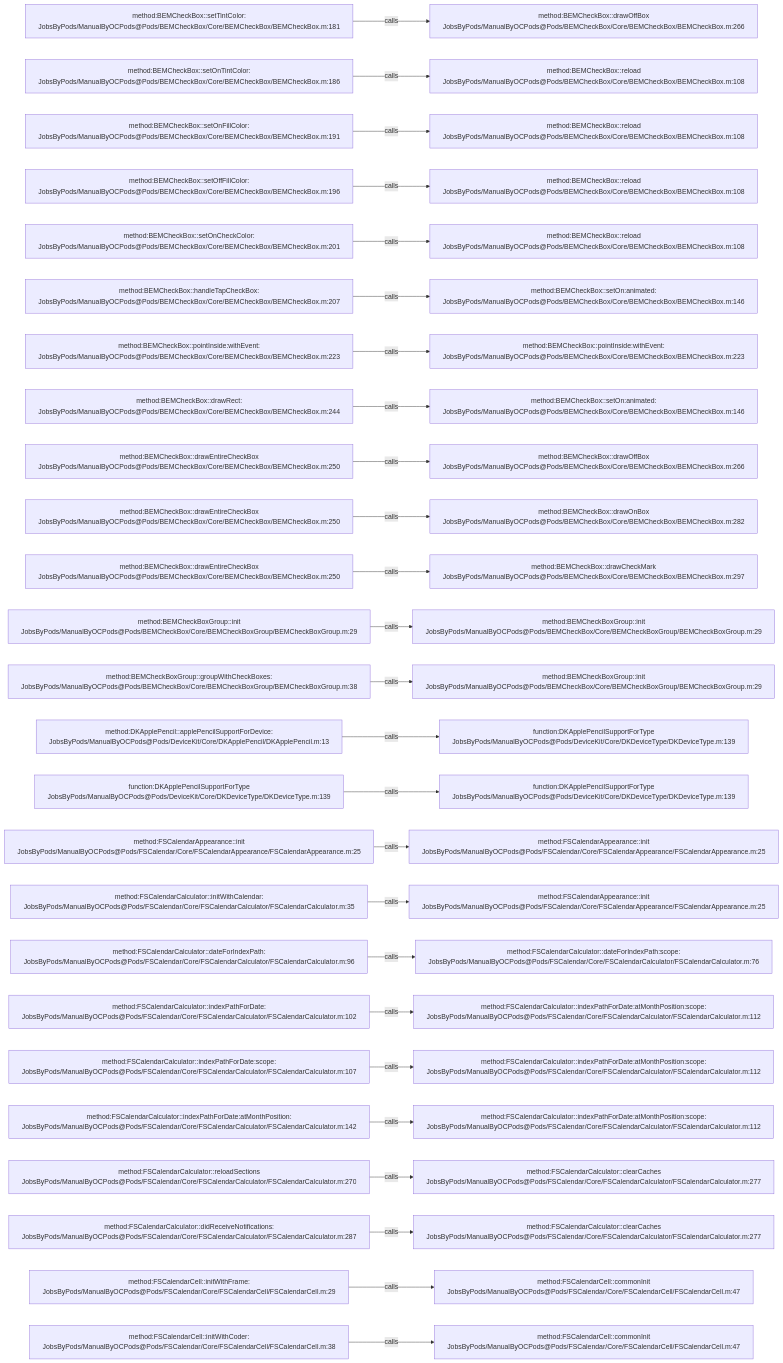
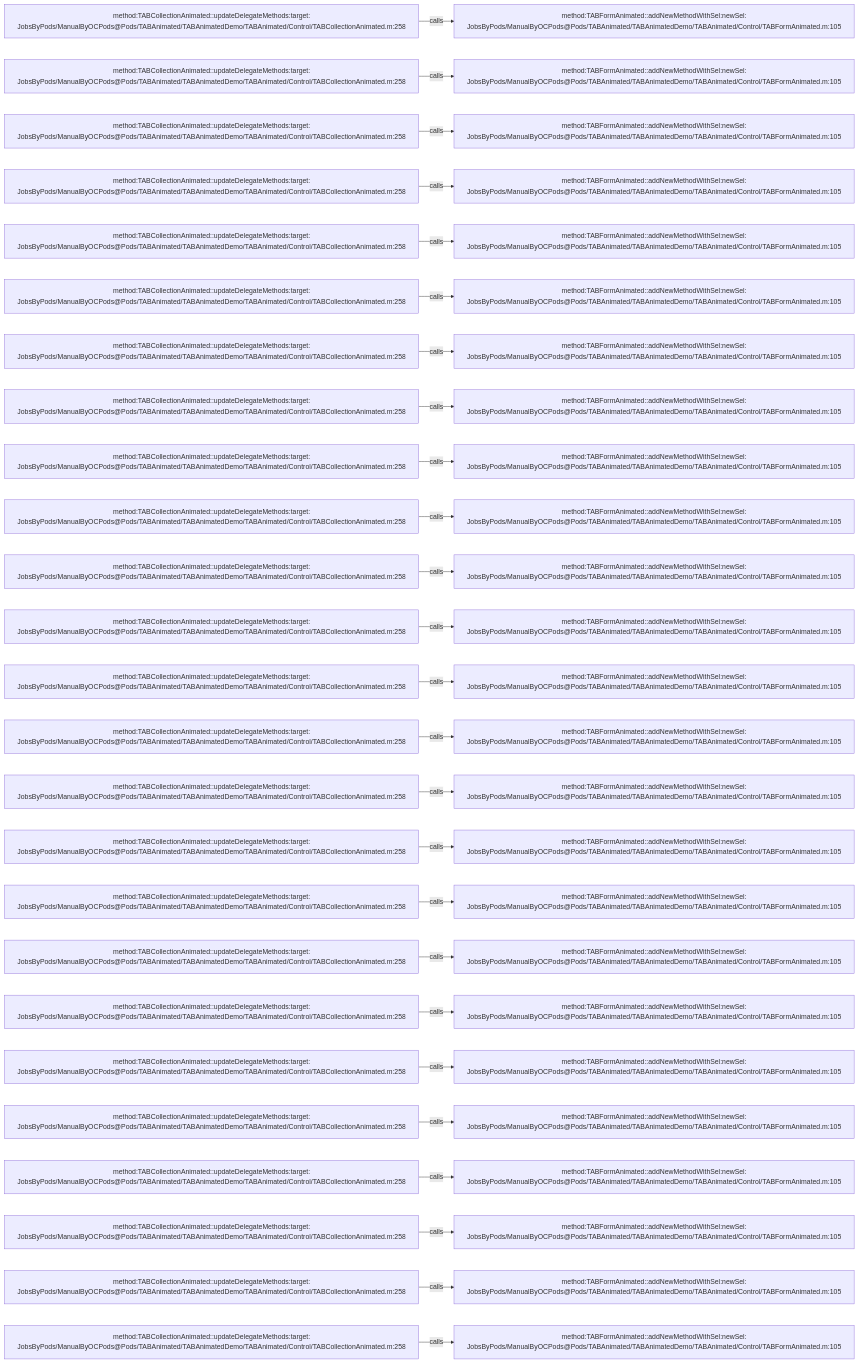
One commit to JobsKits/JobsOCBaseConfigDemo changed the diagram in .codegraph/codegraph.md/graphs/calls-024.md. Above: the diagram before and after it, drawn with Mermaid. The commit also changed 1223 other files, not shown here.

````diff
--- a/.codegraph/codegraph.md/graphs/calls-024.md
+++ b/.codegraph/codegraph.md/graphs/calls-024.md
@@ -13,78 +13,78 @@
 ```mermaid
 flowchart LR
-  S1["method:BEMCheckBox::setTintColor:<br/>JobsByPods/ManualByOCPods@Pods/BEMCheckBox/Core/BEMCheckBox/BEMCheckBox.m:181"]
-  T1["method:BEMCheckBox::drawOffBox<br/>JobsByPods/ManualByOCPods@Pods/BEMCheckBox/Core/BEMCheckBox/BEMCheckBox.m:266"]
+  S1["method:TABCollectionAnimated::updateDelegateMethods:target:<br/>JobsByPods/ManualByOCPods@Pods/TABAnimated/TABAnimatedDemo/TABAnimated/Control/TABCollectionAnimated.m:258"]
+  T1["method:TABFormAnimated::addNewMethodWithSel:newSel:<br/>JobsByPods/ManualByOCPods@Pods/TABAnimated/TABAnimatedDemo/TABAnimated/Control/TABFormAnimated.m:105"]
   S1 -->|calls| T1
-  S2["method:BEMCheckBox::setOnTintColor:<br/>JobsByPods/ManualByOCPods@Pods/BEMCheckBox/Core/BEMCheckBox/BEMCheckBox.m:186"]
-  T2["method:BEMCheckBox::reload<br/>JobsByPods/ManualByOCPods@Pods/BEMCheckBox/Core/BEMCheckBox/BEMCheckBox.m:108"]
+  S2["method:TABCollectionAnimated::updateDelegateMethods:target:<br/>JobsByPods/ManualByOCPods@Pods/TABAnimated/TABAnimatedDemo/TABAnimated/Control/TABCollectionAnimated.m:258"]
+  T2["method:TABFormAnimated::addNewMethodWithSel:newSel:<br/>JobsByPods/ManualByOCPods@Pods/TABAnimated/TABAnimatedDemo/TABAnimated/Control/TABFormAnimated.m:105"]
   S2 -->|calls| T2
-  S3["method:BEMCheckBox::setOnFillColor:<br/>JobsByPods/ManualByOCPods@Pods/BEMCheckBox/Core/BEMCheckBox/BEMCheckBox.m:191"]
-  T3["method:BEMCheckBox::reload<br/>JobsByPods/ManualByOCPods@Pods/BEMCheckBox/Core/BEMCheckBox/BEMCheckBox.m:108"]
+  S3["method:TABCollectionAnimated::updateDelegateMethods:target:<br/>JobsByPods/ManualByOCPods@Pods/TABAnimated/TABAnimatedDemo/TABAnimated/Control/TABCollectionAnimated.m:258"]
+  T3["method:TABFormAnimated::addNewMethodWithSel:newSel:<br/>JobsByPods/ManualByOCPods@Pods/TABAnimated/TABAnimatedDemo/TABAnimated/Control/TABFormAnimated.m:105"]
   S3 -->|calls| T3
-  S4["method:BEMCheckBox::setOffFillColor:<br/>JobsByPods/ManualByOCPods@Pods/BEMCheckBox/Core/BEMCheckBox/BEMCheckBox.m:196"]
-  T4["method:BEMCheckBox::reload<br/>JobsByPods/ManualByOCPods@Pods/BEMCheckBox/Core/BEMCheckBox/BEMCheckBox.m:108"]
+  S4["method:TABCollectionAnimated::updateDelegateMethods:target:<br/>JobsByPods/ManualByOCPods@Pods/TABAnimated/TABAnimatedDemo/TABAnimated/Control/TABCollectionAnimated.m:258"]
+  T4["method:TABFormAnimated::addNewMethodWithSel:newSel:<br/>JobsByPods/ManualByOCPods@Pods/TABAnimated/TABAnimatedDemo/TABAnimated/Control/TABFormAnimated.m:105"]
   S4 -->|calls| T4
-  S5["method:BEMCheckBox::setOnCheckColor:<br/>JobsByPods/ManualByOCPods@Pods/BEMCheckBox/Core/BEMCheckBox/BEMCheckBox.m:201"]
-  T5["method:BEMCheckBox::reload<br/>JobsByPods/ManualByOCPods@Pods/BEMCheckBox/Core/BEMCheckBox/BEMCheckBox.m:108"]
+  S5["method:TABCollectionAnimated::updateDelegateMethods:target:<br/>JobsByPods/ManualByOCPods@Pods/TABAnimated/TABAnimatedDemo/TABAnimated/Control/TABCollectionAnimated.m:258"]
+  T5["method:TABFormAnimated::addNewMethodWithSel:newSel:<br/>JobsByPods/ManualByOCPods@Pods/TABAnimated/TABAnimatedDemo/TABAnimated/Control/TABFormAnimated.m:105"]
   S5 -->|calls| T5
-  S6["method:BEMCheckBox::handleTapCheckBox:<br/>JobsByPods/ManualByOCPods@Pods/BEMCheckBox/Core/BEMCheckBox/BEMCheckBox.m:207"]
-  T6["method:BEMCheckBox::setOn:animated:<br/>JobsByPods/ManualByOCPods@Pods/BEMCheckBox/Core/BEMCheckBox/BEMCheckBox.m:146"]
+  S6["method:TABCollectionAnimated::updateDelegateMethods:target:<br/>JobsByPods/ManualByOCPods@Pods/TABAnimated/TABAnimatedDemo/TABAnimated/Control/TABCollectionAnimated.m:258"]
+  T6["method:TABFormAnimated::addNewMethodWithSel:newSel:<br/>JobsByPods/ManualByOCPods@Pods/TABAnimated/TABAnimatedDemo/TABAnimated/Control/TABFormAnimated.m:105"]
   S6 -->|calls| T6
-  S7["method:BEMCheckBox::pointInside:withEvent:<br/>JobsByPods/ManualByOCPods@Pods/BEMCheckBox/Core/BEMCheckBox/BEMCheckBox.m:223"]
-  T7["method:BEMCheckBox::pointInside:withEvent:<br/>JobsByPods/ManualByOCPods@Pods/BEMCheckBox/Core/BEMCheckBox/BEMCheckBox.m:223"]
+  S7["method:TABCollectionAnimated::updateDelegateMethods:target:<br/>JobsByPods/ManualByOCPods@Pods/TABAnimated/TABAnimatedDemo/TABAnimated/Control/TABCollectionAnimated.m:258"]
+  T7["method:TABFormAnimated::addNewMethodWithSel:newSel:<br/>JobsByPods/ManualByOCPods@Pods/TABAnimated/TABAnimatedDemo/TABAnimated/Control/TABFormAnimated.m:105"]
   S7 -->|calls| T7
-  S8["method:BEMCheckBox::drawRect:<br/>JobsByPods/ManualByOCPods@Pods/BEMCheckBox/Core/BEMCheckBox/BEMCheckBox.m:244"]
-  T8["method:BEMCheckBox::setOn:animated:<br/>JobsByPods/ManualByOCPods@Pods/BEMCheckBox/Core/BEMCheckBox/BEMCheckBox.m:146"]
+  S8["method:TABCollectionAnimated::updateDelegateMethods:target:<br/>JobsByPods/ManualByOCPods@Pods/TABAnimated/TABAnimatedDemo/TABAnimated/Control/TABCollectionAnimated.m:258"]
+  T8["method:TABFormAnimated::addNewMethodWithSel:newSel:<br/>JobsByPods/ManualByOCPods@Pods/TABAnimated/TABAnimatedDemo/TABAnimated/Control/TABFormAnimated.m:105"]
   S8 -->|calls| T8
-  S9["method:BEMCheckBox::drawEntireCheckBox<br/>JobsByPods/ManualByOCPods@Pods/BEMCheckBox/Core/BEMCheckBox/BEMCheckBox.m:250"]
-  T9["method:BEMCheckBox::drawOffBox<br/>JobsByPods/ManualByOCPods@Pods/BEMCheckBox/Core/BEMCheckBox/BEMCheckBox.m:266"]
+  S9["method:TABCollectionAnimated::updateDelegateMethods:target:<br/>JobsByPods/ManualByOCPods@Pods/TABAnimated/TABAnimatedDemo/TABAnimated/Control/TABCollectionAnimated.m:258"]
+  T9["method:TABFormAnimated::addNewMethodWithSel:newSel:<br/>JobsByPods/ManualByOCPods@Pods/TABAnimated/TABAnimatedDemo/TABAnimated/Control/TABFormAnimated.m:105"]
   S9 -->|calls| T9
-  S10["method:BEMCheckBox::drawEntireCheckBox<br/>JobsByPods/ManualByOCPods@Pods/BEMCheckBox/Core/BEMCheckBox/BEMCheckBox.m:250"]
-  T10["method:BEMCheckBox::drawOnBox<br/>JobsByPods/ManualByOCPods@Pods/BEMCheckBox/Core/BEMCheckBox/BEMCheckBox.m:282"]
+  S10["method:TABCollectionAnimated::updateDelegateMethods:target:<br/>JobsByPods/ManualByOCPods@Pods/TABAnimated/TABAnimatedDemo/TABAnimated/Control/TABCollectionAnimated.m:258"]
+  T10["method:TABFormAnimated::addNewMethodWithSel:newSel:<br/>JobsByPods/ManualByOCPods@Pods/TABAnimated/TABAnimatedDemo/TABAnimated/Control/TABFormAnimated.m:105"]
   S10 -->|calls| T10
-  S11["method:BEMCheckBox::drawEntireCheckBox<br/>JobsByPods/ManualByOCPods@Pods/BEMCheckBox/Core/BEMCheckBox/BEMCheckBox.m:250"]
-  T11["method:BEMCheckBox::drawCheckMark<br/>JobsByPods/ManualByOCPods@Pods/BEMCheckBox/Core/BEMCheckBox/BEMCheckBox.m:297"]
+  S11["method:TABCollectionAnimated::updateDelegateMethods:target:<br/>JobsByPods/ManualByOCPods@Pods/TABAnimated/TABAnimatedDemo/TABAnimated/Control/TABCollectionAnimated.m:258"]
+  T11["method:TABFormAnimated::addNewMethodWithSel:newSel:<br/>JobsByPods/ManualByOCPods@Pods/TABAnimated/TABAnimatedDemo/TABAnimated/Control/TABFormAnimated.m:105"]
   S11 -->|calls| T11
-  S12["method:BEMCheckBoxGroup::init<br/>JobsByPods/ManualByOCPods@Pods/BEMCheckBox/Core/BEMCheckBoxGroup/BEMCheckBoxGroup.m:29"]
-  T12["method:BEMCheckBoxGroup::init<br/>JobsByPods/ManualByOCPods@Pods/BEMCheckBox/Core/BEMCheckBoxGroup/BEMCheckBoxGroup.m:29"]
+  S12["method:TABCollectionAnimated::updateDelegateMethods:target:<br/>JobsByPods/ManualByOCPods@Pods/TABAnimated/TABAnimatedDemo/TABAnimated/Control/TABCollectionAnimated.m:258"]
+  T12["method:TABFormAnimated::addNewMethodWithSel:newSel:<br/>JobsByPods/ManualByOCPods@Pods/TABAnimated/TABAnimatedDemo/TABAnimated/Control/TABFormAnimated.m:105"]
   S12 -->|calls| T12
-  S13["method:BEMCheckBoxGroup::groupWithCheckBoxes:<br/>JobsByPods/ManualByOCPods@Pods/BEMCheckBox/Core/BEMCheckBoxGroup/BEMCheckBoxGroup.m:38"]
-  T13["method:BEMCheckBoxGroup::init<br/>JobsByPods/ManualByOCPods@Pods/BEMCheckBox/Core/BEMCheckBoxGroup/BEMCheckBoxGroup.m:29"]
+  S13["method:TABCollectionAnimated::updateDelegateMethods:target:<br/>JobsByPods/ManualByOCPods@Pods/TABAnimated/TABAnimatedDemo/TABAnimated/Control/TABCollectionAnimated.m:258"]
+  T13["method:TABFormAnimated::addNewMethodWithSel:newSel:<br/>JobsByPods/ManualByOCPods@Pods/TABAnimated/TABAnimatedDemo/TABAnimated/Control/TABFormAnimated.m:105"]
   S13 -->|calls| T13
-  S14["method:DKApplePencil::applePencilSupportForDevice:<br/>JobsByPods/ManualByOCPods@Pods/DeviceKit/Core/DKApplePencil/DKApplePencil.m:13"]
-  T14["function:DKApplePencilSupportForType<br/>JobsByPods/ManualByOCPods@Pods/DeviceKit/Core/DKDeviceType/DKDeviceType.m:139"]
+  S14["method:TABCollectionAnimated::updateDelegateMethods:target:<br/>JobsByPods/ManualByOCPods@Pods/TABAnimated/TABAnimatedDemo/TABAnimated/Control/TABCollectionAnimated.m:258"]
+  T14["method:TABFormAnimated::addNewMethodWithSel:newSel:<br/>JobsByPods/ManualByOCPods@Pods/TABAnimated/TABAnimatedDemo/TABAnimated/Control/TABFormAnimated.m:105"]
   S14 -->|calls| T14
-  S15["function:DKApplePencilSupportForType<br/>JobsByPods/ManualByOCPods@Pods/DeviceKit/Core/DKDeviceType/DKDeviceType.m:139"]
-  T15["function:DKApplePencilSupportForType<br/>JobsByPods/ManualByOCPods@Pods/DeviceKit/Core/DKDeviceType/DKDeviceType.m:139"]
+  S15["method:TABCollectionAnimated::updateDelegateMethods:target:<br/>JobsByPods/ManualByOCPods@Pods/TABAnimated/TABAnimatedDemo/TABAnimated/Control/TABCollectionAnimated.m:258"]
+  T15["method:TABFormAnimated::addNewMethodWithSel:newSel:<br/>JobsByPods/ManualByOCPods@Pods/TABAnimated/TABAnimatedDemo/TABAnimated/Control/TABFormAnimated.m:105"]
   S15 -->|calls| T15
-  S16["method:FSCalendarAppearance::init<br/>JobsByPods/ManualByOCPods@Pods/FSCalendar/Core/FSCalendarAppearance/FSCalendarAppearance.m:25"]
-  T16["method:FSCalendarAppearance::init<br/>JobsByPods/ManualByOCPods@Pods/FSCalendar/Core/FSCalendarAppearance/FSCalendarAppearance.m:25"]
+  S16["method:TABCollectionAnimated::updateDelegateMethods:target:<br/>JobsByPods/ManualByOCPods@Pods/TABAnimated/TABAnimatedDemo/TABAnimated/Control/TABCollectionAnimated.m:258"]
+  T16["method:TABFormAnimated::addNewMethodWithSel:newSel:<br/>JobsByPods/ManualByOCPods@Pods/TABAnimated/TABAnimatedDemo/TABAnimated/Control/TABFormAnimated.m:105"]
   S16 -->|calls| T16
-  S17["method:FSCalendarCalculator::initWithCalendar:<br/>JobsByPods/ManualByOCPods@Pods/FSCalendar/Core/FSCalendarCalculator/FSCalendarCalculator.m:35"]
-  T17["method:FSCalendarAppearance::init<br/>JobsByPods/ManualByOCPods@Pods/FSCalendar/Core/FSCalendarAppearance/FSCalendarAppearance.m:25"]
+  S17["method:TABCollectionAnimated::updateDelegateMethods:target:<br/>JobsByPods/ManualByOCPods@Pods/TABAnimated/TABAnimatedDemo/TABAnimated/Control/TABCollectionAnimated.m:258"]
+  T17["method:TABFormAnimated::addNewMethodWithSel:newSel:<br/>JobsByPods/ManualByOCPods@Pods/TABAnimated/TABAnimatedDemo/TABAnimated/Control/TABFormAnimated.m:105"]
   S17 -->|calls| T17
-  S18["method:FSCalendarCalculator::dateForIndexPath:<br/>JobsByPods/ManualByOCPods@Pods/FSCalendar/Core/FSCalendarCalculator/FSCalendarCalculator.m:96"]
-  T18["method:FSCalendarCalculator::dateForIndexPath:scope:<br/>JobsByPods/ManualByOCPods@Pods/FSCalendar/Core/FSCalendarCalculator/FSCalendarCalculator.m:76"]
+  S18["method:TABCollectionAnimated::updateDelegateMethods:target:<br/>JobsByPods/ManualByOCPods@Pods/TABAnimated/TABAnimatedDemo/TABAnimated/Control/TABCollectionAnimated.m:258"]
+  T18["method:TABFormAnimated::addNewMethodWithSel:newSel:<br/>JobsByPods/ManualByOCPods@Pods/TABAnimated/TABAnimatedDemo/TABAnimated/Control/TABFormAnimated.m:105"]
   S18 -->|calls| T18
-  S19["method:FSCalendarCalculator::indexPathForDate:<br/>JobsByPods/ManualByOCPods@Pods/FSCalendar/Core/FSCalendarCalculator/FSCalendarCalculator.m:102"]
-  T19["method:FSCalendarCalculator::indexPathForDate:atMonthPosition:scope:<br/>JobsByPods/ManualByOCPods@Pods/FSCalendar/Core/FSCalendarCalculator/FSCalendarCalculator.m:112"]
+  S19["method:TABCollectionAnimated::updateDelegateMethods:target:<br/>JobsByPods/ManualByOCPods@Pods/TABAnimated/TABAnimatedDemo/TABAnimated/Control/TABCollectionAnimated.m:258"]
+  T19["method:TABFormAnimated::addNewMethodWithSel:newSel:<br/>JobsByPods/ManualByOCPods@Pods/TABAnimated/TABAnimatedDemo/TABAnimated/Control/TABFormAnimated.m:105"]
   S19 -->|calls| T19
-  S20["method:FSCalendarCalculator::indexPathForDate:scope:<br/>JobsByPods/ManualByOCPods@Pods/FSCalendar/Core/FSCalendarCalculator/FSCalendarCalculator.m:107"]
-  T20["method:FSCalendarCalculator::indexPathForDate:atMonthPosition:scope:<br/>JobsByPods/ManualByOCPods@Pods/FSCalendar/Core/FSCalendarCalculator/FSCalendarCalculator.m:112"]
+  S20["method:TABCollectionAnimated::updateDelegateMethods:target:<br/>JobsByPods/ManualByOCPods@Pods/TABAnimated/TABAnimatedDemo/TABAnimated/Control/TABCollectionAnimated.m:258"]
+  T20["method:TABFormAnimated::addNewMethodWithSel:newSel:<br/>JobsByPods/ManualByOCPods@Pods/TABAnimated/TABAnimatedDemo/TABAnimated/Control/TABFormAnimated.m:105"]
   S20 -->|calls| T20
-  S21["method:FSCalendarCalculator::indexPathForDate:atMonthPosition:<br/>JobsByPods/ManualByOCPods@Pods/FSCalendar/Core/FSCalendarCalculator/FSCalendarCalculator.m:142"]
-  T21["method:FSCalendarCalculator::indexPathForDate:atMonthPosition:scope:<br/>JobsByPods/ManualByOCPods@Pods/FSCalendar/Core/FSCalendarCalculator/FSCalendarCalculator.m:112"]
+  S21["method:TABCollectionAnimated::updateDelegateMethods:target:<br/>JobsByPods/ManualByOCPods@Pods/TABAnimated/TABAnimatedDemo/TABAnimated/Control/TABCollectionAnimated.m:258"]
+  T21["method:TABFormAnimated::addNewMethodWithSel:newSel:<br/>JobsByPods/ManualByOCPods@Pods/TABAnimated/TABAnimatedDemo/TABAnimated/Control/TABFormAnimated.m:105"]
   S21 -->|calls| T21
-  S22["method:FSCalendarCalculator::reloadSections<br/>JobsByPods/ManualByOCPods@Pods/FSCalendar/Core/FSCalendarCalculator/FSCalendarCalculator.m:270"]
-  T22["method:FSCalendarCalculator::clearCaches<br/>JobsByPods/ManualByOCPods@Pods/FSCalendar/Core/FSCalendarCalculator/FSCalendarCalculator.m:277"]
+  S22["method:TABCollectionAnimated::updateDelegateMethods:target:<br/>JobsByPods/ManualByOCPods@Pods/TABAnimated/TABAnimatedDemo/TABAnimated/Control/TABCollectionAnimated.m:258"]
+  T22["method:TABFormAnimated::addNewMethodWithSel:newSel:<br/>JobsByPods/ManualByOCPods@Pods/TABAnimated/TABAnimatedDemo/TABAnimated/Control/TABFormAnimated.m:105"]
   S22 -->|calls| T22
-  S23["method:FSCalendarCalculator::didReceiveNotifications:<br/>JobsByPods/ManualByOCPods@Pods/FSCalendar/Core/FSCalendarCalculator/FSCalendarCalculator.m:287"]
-  T23["method:FSCalendarCalculator::clearCaches<br/>JobsByPods/ManualByOCPods@Pods/FSCalendar/Core/FSCalendarCalculator/FSCalendarCalculator.m:277"]
+  S23["method:TABCollectionAnimated::updateDelegateMethods:target:<br/>JobsByPods/ManualByOCPods@Pods/TABAnimated/TABAnimatedDemo/TABAnimated/Control/TABCollectionAnimated.m:258"]
+  T23["method:TABFormAnimated::addNewMethodWithSel:newSel:<br/>JobsByPods/ManualByOCPods@Pods/TABAnimated/TABAnimatedDemo/TABAnimated/Control/TABFormAnimated.m:105"]
   S23 -->|calls| T23
-  S24["method:FSCalendarCell::initWithFrame:<br/>JobsByPods/ManualByOCPods@Pods/FSCalendar/Core/FSCalendarCell/FSCalendarCell.m:29"]
-  T24["method:FSCalendarCell::commonInit<br/>JobsByPods/ManualByOCPods@Pods/FSCalendar/Core/FSCalendarCell/FSCalendarCell.m:47"]
+  S24["method:TABCollectionAnimated::updateDelegateMethods:target:<br/>JobsByPods/ManualByOCPods@Pods/TABAnimated/TABAnimatedDemo/TABAnimated/Control/TABCollectionAnimated.m:258"]
+  T24["method:TABFormAnimated::addNewMethodWithSel:newSel:<br/>JobsByPods/ManualByOCPods@Pods/TABAnimated/TABAnimatedDemo/TABAnimated/Control/TABFormAnimated.m:105"]
   S24 -->|calls| T24
-  S25["method:FSCalendarCell::initWithCoder:<br/>JobsByPods/ManualByOCPods@Pods/FSCalendar/Core/FSCalendarCell/FSCalendarCell.m:38"]
-  T25["method:FSCalendarCell::commonInit<br/>JobsByPods/ManualByOCPods@Pods/FSCalendar/Core/FSCalendarCell/FSCalendarCell.m:47"]
+  S25["method:TABCollectionAnimated::updateDelegateMethods:target:<br/>JobsByPods/ManualByOCPods@Pods/TABAnimated/TABAnimatedDemo/TABAnimated/Control/TABCollectionAnimated.m:258"]
+  T25["method:TABFormAnimated::addNewMethodWithSel:newSel:<br/>JobsByPods/ManualByOCPods@Pods/TABAnimated/TABAnimatedDemo/TABAnimated/Control/TABFormAnimated.m:105"]
   S25 -->|calls| T25
 ```
````
